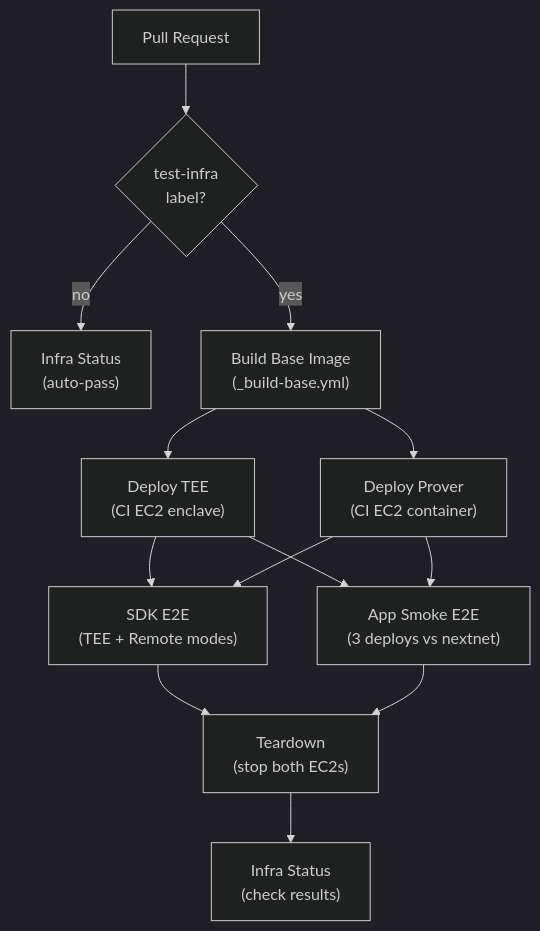
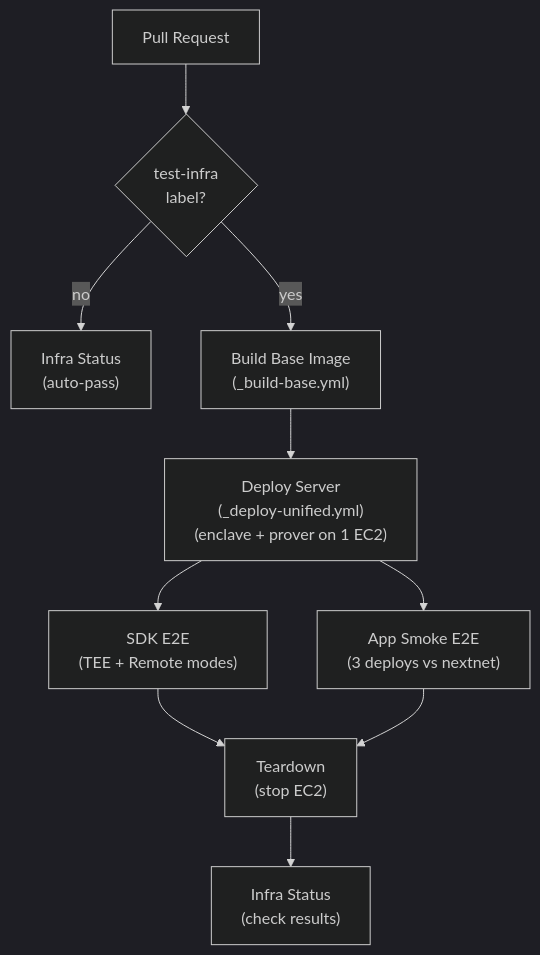
The second of 6 diagrams in docs/ci-pipeline.md (alejoamiras/tee-rex), drawn with Mermaid (dark theme) before and after one commit. The commit also changed other lines of this file and 2 other files, not shown here.

````diff
--- a/docs/ci-pipeline.md
+++ b/docs/ci-pipeline.md
@@ -78,12 +78,11 @@
 ```mermaid
 graph TD
     PR["Pull Request"] --> check{"test-infra\nlabel?"}
     check -->|no| gate_pass["Infra Status\n(auto-pass)"]
     check -->|yes| base["Build Base Image\n(_build-base.yml)"]
-    base --> tee["Deploy TEE\n(CI EC2 enclave)"]
-    base --> prover["Deploy Prover\n(CI EC2 container)"]
-    tee & prover --> sdk_e2e["SDK E2E\n(TEE + Remote modes)"]
-    tee & prover --> app_e2e["App Smoke E2E\n(3 deploys vs nextnet)"]
-    sdk_e2e & app_e2e --> teardown["Teardown\n(stop both EC2s)"]
+    base --> server["Deploy Server\n(_deploy-unified.yml)\n(enclave + prover on 1 EC2)"]
+    server --> sdk_e2e["SDK E2E\n(TEE + Remote modes)"]
+    server --> app_e2e["App Smoke E2E\n(3 deploys vs nextnet)"]
+    sdk_e2e & app_e2e --> teardown["Teardown\n(stop EC2)"]
     teardown --> gate_check["Infra Status\n(check results)"]
 ```
````
